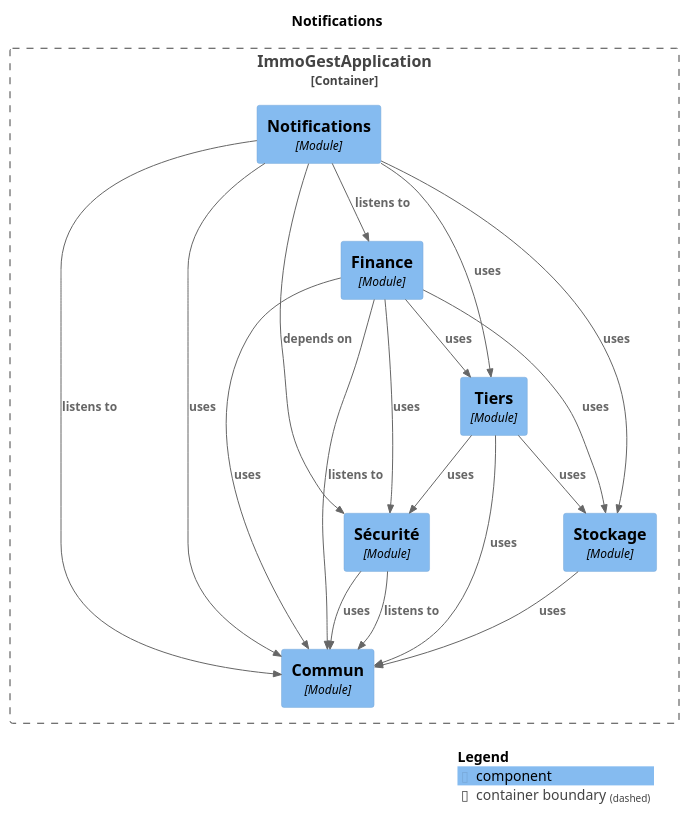
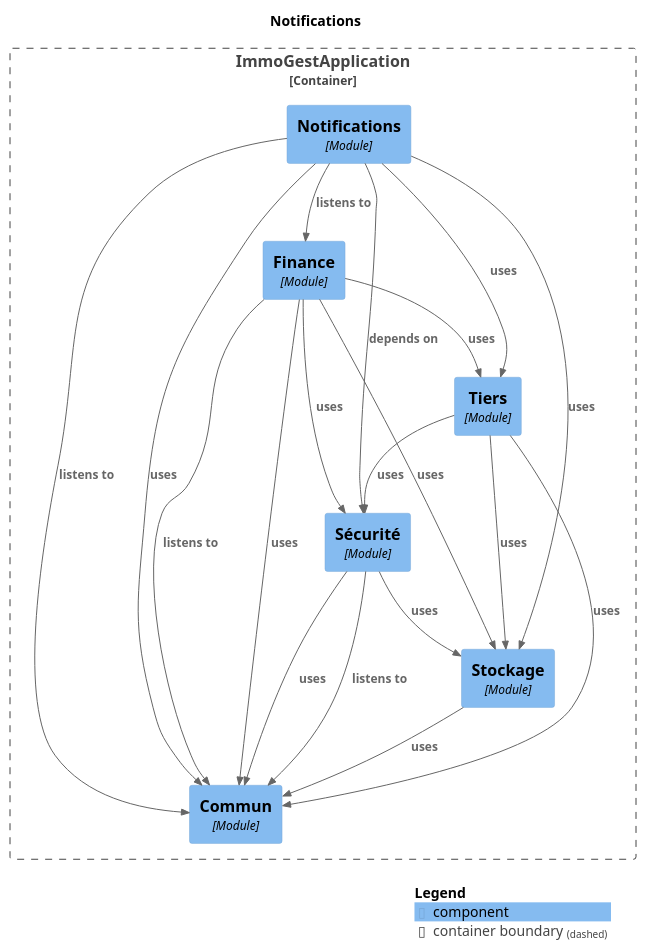
Before and after one commit to fixedevelloper/csimmo: the diagram in docs/modules/module-notification.puml, drawn with PlantUML. The commit also changed 91 other files, not shown here.

```diff
--- a/docs/modules/module-notification.puml
+++ b/docs/modules/module-notification.puml
@@ -1,39 +1,40 @@
 @startuml
 set separator none
 title Notifications
 
 top to bottom direction
 
 !include <C4/C4>
 !include <C4/C4_Context>
 !include <C4/C4_Component>
 
 Container_Boundary("ImmoGestApplication.ImmoGestApplication_boundary", "ImmoGestApplication", $tags="") {
   Component(ImmoGestApplication.ImmoGestApplication.Finance, "Finance", $techn="Module", $descr="", $tags="", $link="")
   Component(ImmoGestApplication.ImmoGestApplication.Notifications, "Notifications", $techn="Module", $descr="", $tags="", $link="")
   Component(ImmoGestApplication.ImmoGestApplication.Commun, "Commun", $techn="Module", $descr="", $tags="", $link="")
+  Component(ImmoGestApplication.ImmoGestApplication.Stockage, "Stockage", $techn="Module", $descr="", $tags="", $link="")
   Component(ImmoGestApplication.ImmoGestApplication.Sécurité, "Sécurité", $techn="Module", $descr="", $tags="", $link="")
-  Component(ImmoGestApplication.ImmoGestApplication.Stockage, "Stockage", $techn="Module", $descr="", $tags="", $link="")
   Component(ImmoGestApplication.ImmoGestApplication.Tiers, "Tiers", $techn="Module", $descr="", $tags="", $link="")
 }
 
+Rel(ImmoGestApplication.ImmoGestApplication.Sécurité, ImmoGestApplication.ImmoGestApplication.Commun, "uses", $techn="", $tags="", $link="")
+Rel(ImmoGestApplication.ImmoGestApplication.Sécurité, ImmoGestApplication.ImmoGestApplication.Stockage, "uses", $techn="", $tags="", $link="")
 Rel(ImmoGestApplication.ImmoGestApplication.Stockage, ImmoGestApplication.ImmoGestApplication.Commun, "uses", $techn="", $tags="", $link="")
 Rel(ImmoGestApplication.ImmoGestApplication.Tiers, ImmoGestApplication.ImmoGestApplication.Stockage, "uses", $techn="", $tags="", $link="")
 Rel(ImmoGestApplication.ImmoGestApplication.Tiers, ImmoGestApplication.ImmoGestApplication.Commun, "uses", $techn="", $tags="", $link="")
 Rel(ImmoGestApplication.ImmoGestApplication.Tiers, ImmoGestApplication.ImmoGestApplication.Sécurité, "uses", $techn="", $tags="", $link="")
-Rel(ImmoGestApplication.ImmoGestApplication.Finance, ImmoGestApplication.ImmoGestApplication.Commun, "listens to", $techn="", $tags="", $link="")
-Rel(ImmoGestApplication.ImmoGestApplication.Finance, ImmoGestApplication.ImmoGestApplication.Commun, "uses", $techn="", $tags="", $link="")
-Rel(ImmoGestApplication.ImmoGestApplication.Finance, ImmoGestApplication.ImmoGestApplication.Tiers, "uses", $techn="", $tags="", $link="")
-Rel(ImmoGestApplication.ImmoGestApplication.Finance, ImmoGestApplication.ImmoGestApplication.Stockage, "uses", $techn="", $tags="", $link="")
-Rel(ImmoGestApplication.ImmoGestApplication.Finance, ImmoGestApplication.ImmoGestApplication.Sécurité, "uses", $techn="", $tags="", $link="")
 Rel(ImmoGestApplication.ImmoGestApplication.Notifications, ImmoGestApplication.ImmoGestApplication.Commun, "listens to", $techn="", $tags="", $link="")
 Rel(ImmoGestApplication.ImmoGestApplication.Notifications, ImmoGestApplication.ImmoGestApplication.Finance, "listens to", $techn="", $tags="", $link="")
 Rel(ImmoGestApplication.ImmoGestApplication.Notifications, ImmoGestApplication.ImmoGestApplication.Sécurité, "depends on", $techn="", $tags="", $link="")
 Rel(ImmoGestApplication.ImmoGestApplication.Notifications, ImmoGestApplication.ImmoGestApplication.Stockage, "uses", $techn="", $tags="", $link="")
 Rel(ImmoGestApplication.ImmoGestApplication.Notifications, ImmoGestApplication.ImmoGestApplication.Tiers, "uses", $techn="", $tags="", $link="")
 Rel(ImmoGestApplication.ImmoGestApplication.Notifications, ImmoGestApplication.ImmoGestApplication.Commun, "uses", $techn="", $tags="", $link="")
+Rel(ImmoGestApplication.ImmoGestApplication.Finance, ImmoGestApplication.ImmoGestApplication.Commun, "listens to", $techn="", $tags="", $link="")
+Rel(ImmoGestApplication.ImmoGestApplication.Finance, ImmoGestApplication.ImmoGestApplication.Commun, "uses", $techn="", $tags="", $link="")
+Rel(ImmoGestApplication.ImmoGestApplication.Finance, ImmoGestApplication.ImmoGestApplication.Tiers, "uses", $techn="", $tags="", $link="")
+Rel(ImmoGestApplication.ImmoGestApplication.Finance, ImmoGestApplication.ImmoGestApplication.Stockage, "uses", $techn="", $tags="", $link="")
+Rel(ImmoGestApplication.ImmoGestApplication.Finance, ImmoGestApplication.ImmoGestApplication.Sécurité, "uses", $techn="", $tags="", $link="")
 Rel(ImmoGestApplication.ImmoGestApplication.Sécurité, ImmoGestApplication.ImmoGestApplication.Commun, "listens to", $techn="", $tags="", $link="")
-Rel(ImmoGestApplication.ImmoGestApplication.Sécurité, ImmoGestApplication.ImmoGestApplication.Commun, "uses", $techn="", $tags="", $link="")
 
 SHOW_LEGEND(true)
 @enduml
```
